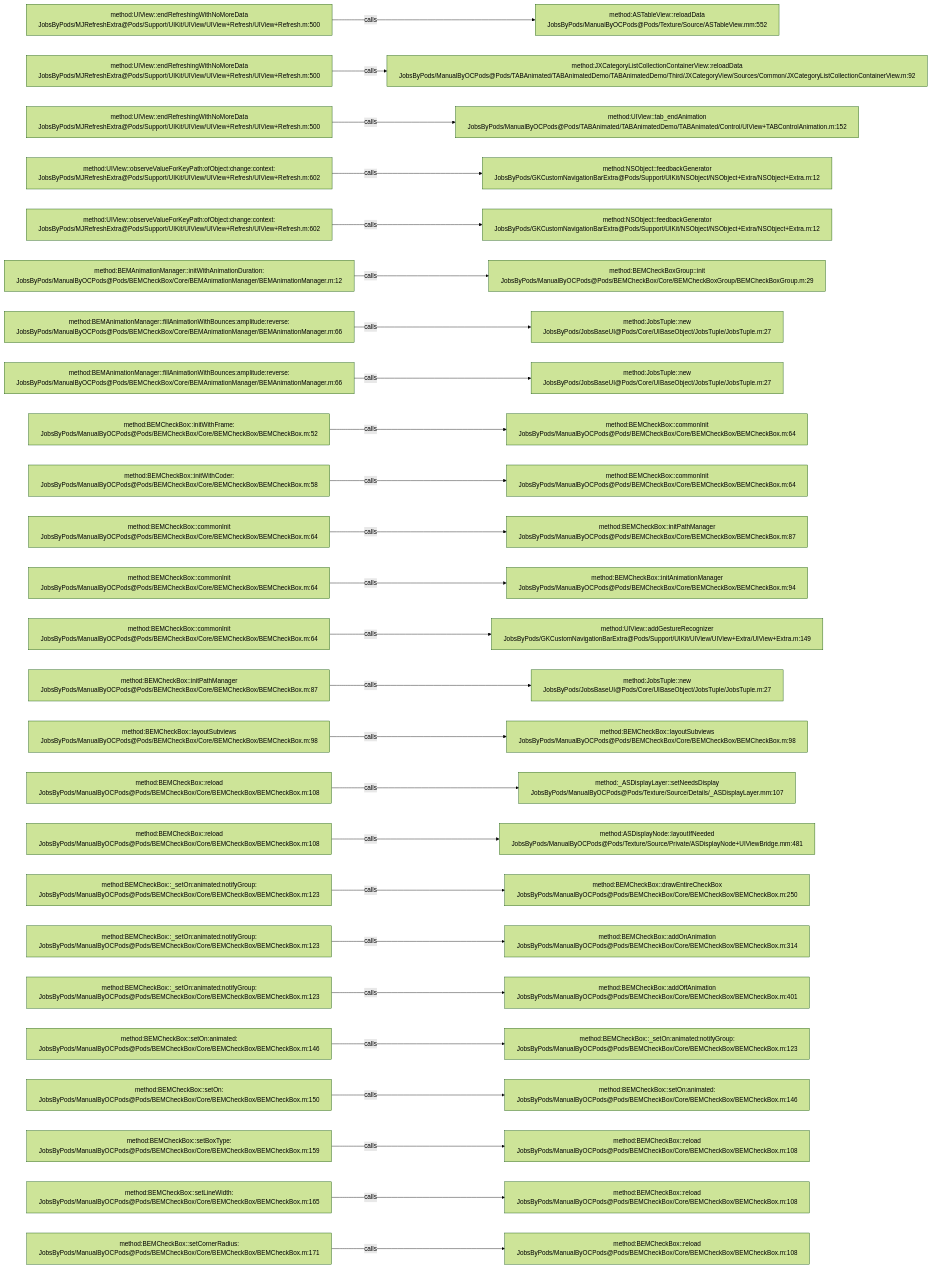
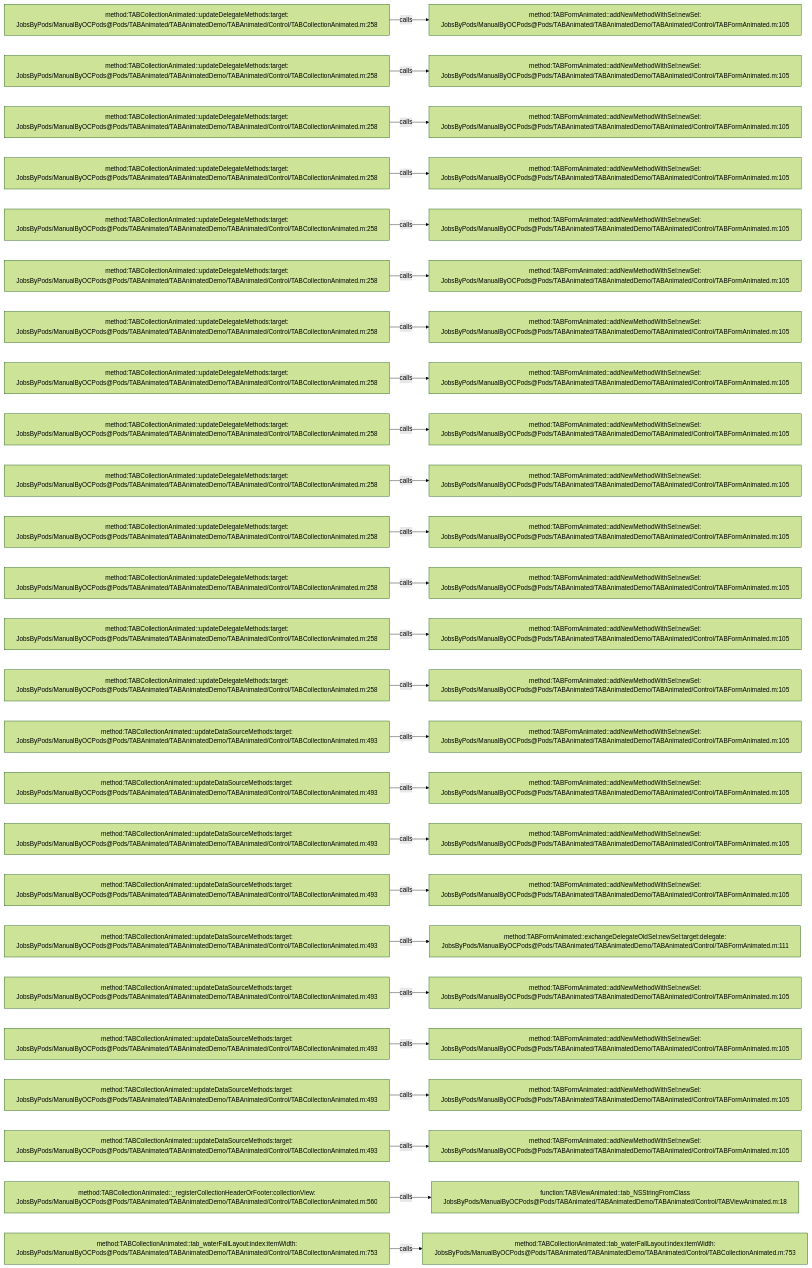
One commit to JobsKits/JobsOCBaseConfigDemo changed the diagram in .codegraph/codegraph.md/graphs/calls-186.md. Above: the diagram before and after it, drawn with Mermaid (forest theme). The commit also changed 639 other files, not shown here.

````diff
--- a/.codegraph/codegraph.md/graphs/calls-186.md
+++ b/.codegraph/codegraph.md/graphs/calls-186.md
@@ -13,78 +13,78 @@
 ```mermaid
 flowchart LR
-  S1["method:UIView::endRefreshingWithNoMoreData<br/>JobsByPods/MJRefreshExtra@Pods/Support/UIKit/UIView/UIView+Refresh/UIView+Refresh.m:500"]
-  T1["method:ASTableView::reloadData<br/>JobsByPods/ManualByOCPods@Pods/Texture/Source/ASTableView.mm:552"]
+  S1["method:TABCollectionAnimated::updateDelegateMethods:target:<br/>JobsByPods/ManualByOCPods@Pods/TABAnimated/TABAnimatedDemo/TABAnimated/Control/TABCollectionAnimated.m:258"]
+  T1["method:TABFormAnimated::addNewMethodWithSel:newSel:<br/>JobsByPods/ManualByOCPods@Pods/TABAnimated/TABAnimatedDemo/TABAnimated/Control/TABFormAnimated.m:105"]
   S1 -->|calls| T1
-  S2["method:UIView::endRefreshingWithNoMoreData<br/>JobsByPods/MJRefreshExtra@Pods/Support/UIKit/UIView/UIView+Refresh/UIView+Refresh.m:500"]
-  T2["method:JXCategoryListCollectionContainerView::reloadData<br/>JobsByPods/ManualByOCPods@Pods/TABAnimated/TABAnimatedDemo/TABAnimatedDemo/Third/JXCategoryView/Sources/Common/JXCategoryListCollectionContainerView.m:92"]
+  S2["method:TABCollectionAnimated::updateDelegateMethods:target:<br/>JobsByPods/ManualByOCPods@Pods/TABAnimated/TABAnimatedDemo/TABAnimated/Control/TABCollectionAnimated.m:258"]
+  T2["method:TABFormAnimated::addNewMethodWithSel:newSel:<br/>JobsByPods/ManualByOCPods@Pods/TABAnimated/TABAnimatedDemo/TABAnimated/Control/TABFormAnimated.m:105"]
   S2 -->|calls| T2
-  S3["method:UIView::endRefreshingWithNoMoreData<br/>JobsByPods/MJRefreshExtra@Pods/Support/UIKit/UIView/UIView+Refresh/UIView+Refresh.m:500"]
-  T3["method:UIView::tab_endAnimation<br/>JobsByPods/ManualByOCPods@Pods/TABAnimated/TABAnimatedDemo/TABAnimated/Control/UIView+TABControlAnimation.m:152"]
+  S3["method:TABCollectionAnimated::updateDelegateMethods:target:<br/>JobsByPods/ManualByOCPods@Pods/TABAnimated/TABAnimatedDemo/TABAnimated/Control/TABCollectionAnimated.m:258"]
+  T3["method:TABFormAnimated::addNewMethodWithSel:newSel:<br/>JobsByPods/ManualByOCPods@Pods/TABAnimated/TABAnimatedDemo/TABAnimated/Control/TABFormAnimated.m:105"]
   S3 -->|calls| T3
-  S4["method:UIView::observeValueForKeyPath:ofObject:change:context:<br/>JobsByPods/MJRefreshExtra@Pods/Support/UIKit/UIView/UIView+Refresh/UIView+Refresh.m:602"]
-  T4["method:NSObject::feedbackGenerator<br/>JobsByPods/GKCustomNavigationBarExtra@Pods/Support/UIKit/NSObject/NSObject+Extra/NSObject+Extra.m:12"]
+  S4["method:TABCollectionAnimated::updateDelegateMethods:target:<br/>JobsByPods/ManualByOCPods@Pods/TABAnimated/TABAnimatedDemo/TABAnimated/Control/TABCollectionAnimated.m:258"]
+  T4["method:TABFormAnimated::addNewMethodWithSel:newSel:<br/>JobsByPods/ManualByOCPods@Pods/TABAnimated/TABAnimatedDemo/TABAnimated/Control/TABFormAnimated.m:105"]
   S4 -->|calls| T4
-  S5["method:UIView::observeValueForKeyPath:ofObject:change:context:<br/>JobsByPods/MJRefreshExtra@Pods/Support/UIKit/UIView/UIView+Refresh/UIView+Refresh.m:602"]
-  T5["method:NSObject::feedbackGenerator<br/>JobsByPods/GKCustomNavigationBarExtra@Pods/Support/UIKit/NSObject/NSObject+Extra/NSObject+Extra.m:12"]
+  S5["method:TABCollectionAnimated::updateDelegateMethods:target:<br/>JobsByPods/ManualByOCPods@Pods/TABAnimated/TABAnimatedDemo/TABAnimated/Control/TABCollectionAnimated.m:258"]
+  T5["method:TABFormAnimated::addNewMethodWithSel:newSel:<br/>JobsByPods/ManualByOCPods@Pods/TABAnimated/TABAnimatedDemo/TABAnimated/Control/TABFormAnimated.m:105"]
   S5 -->|calls| T5
-  S6["method:BEMAnimationManager::initWithAnimationDuration:<br/>JobsByPods/ManualByOCPods@Pods/BEMCheckBox/Core/BEMAnimationManager/BEMAnimationManager.m:12"]
-  T6["method:BEMCheckBoxGroup::init<br/>JobsByPods/ManualByOCPods@Pods/BEMCheckBox/Core/BEMCheckBoxGroup/BEMCheckBoxGroup.m:29"]
+  S6["method:TABCollectionAnimated::updateDelegateMethods:target:<br/>JobsByPods/ManualByOCPods@Pods/TABAnimated/TABAnimatedDemo/TABAnimated/Control/TABCollectionAnimated.m:258"]
+  T6["method:TABFormAnimated::addNewMethodWithSel:newSel:<br/>JobsByPods/ManualByOCPods@Pods/TABAnimated/TABAnimatedDemo/TABAnimated/Control/TABFormAnimated.m:105"]
   S6 -->|calls| T6
-  S7["method:BEMAnimationManager::fillAnimationWithBounces:amplitude:reverse:<br/>JobsByPods/ManualByOCPods@Pods/BEMCheckBox/Core/BEMAnimationManager/BEMAnimationManager.m:66"]
-  T7["method:JobsTuple::new<br/>JobsByPods/JobsBaseUI@Pods/Core/UIBaseObject/JobsTuple/JobsTuple.m:27"]
+  S7["method:TABCollectionAnimated::updateDelegateMethods:target:<br/>JobsByPods/ManualByOCPods@Pods/TABAnimated/TABAnimatedDemo/TABAnimated/Control/TABCollectionAnimated.m:258"]
+  T7["method:TABFormAnimated::addNewMethodWithSel:newSel:<br/>JobsByPods/ManualByOCPods@Pods/TABAnimated/TABAnimatedDemo/TABAnimated/Control/TABFormAnimated.m:105"]
   S7 -->|calls| T7
-  S8["method:BEMAnimationManager::fillAnimationWithBounces:amplitude:reverse:<br/>JobsByPods/ManualByOCPods@Pods/BEMCheckBox/Core/BEMAnimationManager/BEMAnimationManager.m:66"]
-  T8["method:JobsTuple::new<br/>JobsByPods/JobsBaseUI@Pods/Core/UIBaseObject/JobsTuple/JobsTuple.m:27"]
+  S8["method:TABCollectionAnimated::updateDelegateMethods:target:<br/>JobsByPods/ManualByOCPods@Pods/TABAnimated/TABAnimatedDemo/TABAnimated/Control/TABCollectionAnimated.m:258"]
+  T8["method:TABFormAnimated::addNewMethodWithSel:newSel:<br/>JobsByPods/ManualByOCPods@Pods/TABAnimated/TABAnimatedDemo/TABAnimated/Control/TABFormAnimated.m:105"]
   S8 -->|calls| T8
-  S9["method:BEMCheckBox::initWithFrame:<br/>JobsByPods/ManualByOCPods@Pods/BEMCheckBox/Core/BEMCheckBox/BEMCheckBox.m:52"]
-  T9["method:BEMCheckBox::commonInit<br/>JobsByPods/ManualByOCPods@Pods/BEMCheckBox/Core/BEMCheckBox/BEMCheckBox.m:64"]
+  S9["method:TABCollectionAnimated::updateDelegateMethods:target:<br/>JobsByPods/ManualByOCPods@Pods/TABAnimated/TABAnimatedDemo/TABAnimated/Control/TABCollectionAnimated.m:258"]
+  T9["method:TABFormAnimated::addNewMethodWithSel:newSel:<br/>JobsByPods/ManualByOCPods@Pods/TABAnimated/TABAnimatedDemo/TABAnimated/Control/TABFormAnimated.m:105"]
   S9 -->|calls| T9
-  S10["method:BEMCheckBox::initWithCoder:<br/>JobsByPods/ManualByOCPods@Pods/BEMCheckBox/Core/BEMCheckBox/BEMCheckBox.m:58"]
-  T10["method:BEMCheckBox::commonInit<br/>JobsByPods/ManualByOCPods@Pods/BEMCheckBox/Core/BEMCheckBox/BEMCheckBox.m:64"]
+  S10["method:TABCollectionAnimated::updateDelegateMethods:target:<br/>JobsByPods/ManualByOCPods@Pods/TABAnimated/TABAnimatedDemo/TABAnimated/Control/TABCollectionAnimated.m:258"]
+  T10["method:TABFormAnimated::addNewMethodWithSel:newSel:<br/>JobsByPods/ManualByOCPods@Pods/TABAnimated/TABAnimatedDemo/TABAnimated/Control/TABFormAnimated.m:105"]
   S10 -->|calls| T10
-  S11["method:BEMCheckBox::commonInit<br/>JobsByPods/ManualByOCPods@Pods/BEMCheckBox/Core/BEMCheckBox/BEMCheckBox.m:64"]
-  T11["method:BEMCheckBox::initPathManager<br/>JobsByPods/ManualByOCPods@Pods/BEMCheckBox/Core/BEMCheckBox/BEMCheckBox.m:87"]
+  S11["method:TABCollectionAnimated::updateDelegateMethods:target:<br/>JobsByPods/ManualByOCPods@Pods/TABAnimated/TABAnimatedDemo/TABAnimated/Control/TABCollectionAnimated.m:258"]
+  T11["method:TABFormAnimated::addNewMethodWithSel:newSel:<br/>JobsByPods/ManualByOCPods@Pods/TABAnimated/TABAnimatedDemo/TABAnimated/Control/TABFormAnimated.m:105"]
   S11 -->|calls| T11
-  S12["method:BEMCheckBox::commonInit<br/>JobsByPods/ManualByOCPods@Pods/BEMCheckBox/Core/BEMCheckBox/BEMCheckBox.m:64"]
-  T12["method:BEMCheckBox::initAnimationManager<br/>JobsByPods/ManualByOCPods@Pods/BEMCheckBox/Core/BEMCheckBox/BEMCheckBox.m:94"]
+  S12["method:TABCollectionAnimated::updateDelegateMethods:target:<br/>JobsByPods/ManualByOCPods@Pods/TABAnimated/TABAnimatedDemo/TABAnimated/Control/TABCollectionAnimated.m:258"]
+  T12["method:TABFormAnimated::addNewMethodWithSel:newSel:<br/>JobsByPods/ManualByOCPods@Pods/TABAnimated/TABAnimatedDemo/TABAnimated/Control/TABFormAnimated.m:105"]
   S12 -->|calls| T12
-  S13["method:BEMCheckBox::commonInit<br/>JobsByPods/ManualByOCPods@Pods/BEMCheckBox/Core/BEMCheckBox/BEMCheckBox.m:64"]
-  T13["method:UIView::addGestureRecognizer<br/>JobsByPods/GKCustomNavigationBarExtra@Pods/Support/UIKit/UIView/UIView+Extra/UIView+Extra.m:149"]
+  S13["method:TABCollectionAnimated::updateDelegateMethods:target:<br/>JobsByPods/ManualByOCPods@Pods/TABAnimated/TABAnimatedDemo/TABAnimated/Control/TABCollectionAnimated.m:258"]
+  T13["method:TABFormAnimated::addNewMethodWithSel:newSel:<br/>JobsByPods/ManualByOCPods@Pods/TABAnimated/TABAnimatedDemo/TABAnimated/Control/TABFormAnimated.m:105"]
   S13 -->|calls| T13
-  S14["method:BEMCheckBox::initPathManager<br/>JobsByPods/ManualByOCPods@Pods/BEMCheckBox/Core/BEMCheckBox/BEMCheckBox.m:87"]
-  T14["method:JobsTuple::new<br/>JobsByPods/JobsBaseUI@Pods/Core/UIBaseObject/JobsTuple/JobsTuple.m:27"]
+  S14["method:TABCollectionAnimated::updateDelegateMethods:target:<br/>JobsByPods/ManualByOCPods@Pods/TABAnimated/TABAnimatedDemo/TABAnimated/Control/TABCollectionAnimated.m:258"]
+  T14["method:TABFormAnimated::addNewMethodWithSel:newSel:<br/>JobsByPods/ManualByOCPods@Pods/TABAnimated/TABAnimatedDemo/TABAnimated/Control/TABFormAnimated.m:105"]
   S14 -->|calls| T14
-  S15["method:BEMCheckBox::layoutSubviews<br/>JobsByPods/ManualByOCPods@Pods/BEMCheckBox/Core/BEMCheckBox/BEMCheckBox.m:98"]
-  T15["method:BEMCheckBox::layoutSubviews<br/>JobsByPods/ManualByOCPods@Pods/BEMCheckBox/Core/BEMCheckBox/BEMCheckBox.m:98"]
+  S15["method:TABCollectionAnimated::updateDataSourceMethods:target:<br/>JobsByPods/ManualByOCPods@Pods/TABAnimated/TABAnimatedDemo/TABAnimated/Control/TABCollectionAnimated.m:493"]
+  T15["method:TABFormAnimated::addNewMethodWithSel:newSel:<br/>JobsByPods/ManualByOCPods@Pods/TABAnimated/TABAnimatedDemo/TABAnimated/Control/TABFormAnimated.m:105"]
   S15 -->|calls| T15
-  S16["method:BEMCheckBox::reload<br/>JobsByPods/ManualByOCPods@Pods/BEMCheckBox/Core/BEMCheckBox/BEMCheckBox.m:108"]
-  T16["method:_ASDisplayLayer::setNeedsDisplay<br/>JobsByPods/ManualByOCPods@Pods/Texture/Source/Details/_ASDisplayLayer.mm:107"]
+  S16["method:TABCollectionAnimated::updateDataSourceMethods:target:<br/>JobsByPods/ManualByOCPods@Pods/TABAnimated/TABAnimatedDemo/TABAnimated/Control/TABCollectionAnimated.m:493"]
+  T16["method:TABFormAnimated::addNewMethodWithSel:newSel:<br/>JobsByPods/ManualByOCPods@Pods/TABAnimated/TABAnimatedDemo/TABAnimated/Control/TABFormAnimated.m:105"]
   S16 -->|calls| T16
-  S17["method:BEMCheckBox::reload<br/>JobsByPods/ManualByOCPods@Pods/BEMCheckBox/Core/BEMCheckBox/BEMCheckBox.m:108"]
-  T17["method:ASDisplayNode::layoutIfNeeded<br/>JobsByPods/ManualByOCPods@Pods/Texture/Source/Private/ASDisplayNode+UIViewBridge.mm:481"]
+  S17["method:TABCollectionAnimated::updateDataSourceMethods:target:<br/>JobsByPods/ManualByOCPods@Pods/TABAnimated/TABAnimatedDemo/TABAnimated/Control/TABCollectionAnimated.m:493"]
+  T17["method:TABFormAnimated::addNewMethodWithSel:newSel:<br/>JobsByPods/ManualByOCPods@Pods/TABAnimated/TABAnimatedDemo/TABAnimated/Control/TABFormAnimated.m:105"]
   S17 -->|calls| T17
-  S18["method:BEMCheckBox::_setOn:animated:notifyGroup:<br/>JobsByPods/ManualByOCPods@Pods/BEMCheckBox/Core/BEMCheckBox/BEMCheckBox.m:123"]
-  T18["method:BEMCheckBox::drawEntireCheckBox<br/>JobsByPods/ManualByOCPods@Pods/BEMCheckBox/Core/BEMCheckBox/BEMCheckBox.m:250"]
+  S18["method:TABCollectionAnimated::updateDataSourceMethods:target:<br/>JobsByPods/ManualByOCPods@Pods/TABAnimated/TABAnimatedDemo/TABAnimated/Control/TABCollectionAnimated.m:493"]
+  T18["method:TABFormAnimated::addNewMethodWithSel:newSel:<br/>JobsByPods/ManualByOCPods@Pods/TABAnimated/TABAnimatedDemo/TABAnimated/Control/TABFormAnimated.m:105"]
   S18 -->|calls| T18
-  S19["method:BEMCheckBox::_setOn:animated:notifyGroup:<br/>JobsByPods/ManualByOCPods@Pods/BEMCheckBox/Core/BEMCheckBox/BEMCheckBox.m:123"]
-  T19["method:BEMCheckBox::addOnAnimation<br/>JobsByPods/ManualByOCPods@Pods/BEMCheckBox/Core/BEMCheckBox/BEMCheckBox.m:314"]
+  S19["method:TABCollectionAnimated::updateDataSourceMethods:target:<br/>JobsByPods/ManualByOCPods@Pods/TABAnimated/TABAnimatedDemo/TABAnimated/Control/TABCollectionAnimated.m:493"]
+  T19["method:TABFormAnimated::exchangeDelegateOldSel:newSel:target:delegate:<br/>JobsByPods/ManualByOCPods@Pods/TABAnimated/TABAnimatedDemo/TABAnimated/Control/TABFormAnimated.m:111"]
   S19 -->|calls| T19
-  S20["method:BEMCheckBox::_setOn:animated:notifyGroup:<br/>JobsByPods/ManualByOCPods@Pods/BEMCheckBox/Core/BEMCheckBox/BEMCheckBox.m:123"]
-  T20["method:BEMCheckBox::addOffAnimation<br/>JobsByPods/ManualByOCPods@Pods/BEMCheckBox/Core/BEMCheckBox/BEMCheckBox.m:401"]
+  S20["method:TABCollectionAnimated::updateDataSourceMethods:target:<br/>JobsByPods/ManualByOCPods@Pods/TABAnimated/TABAnimatedDemo/TABAnimated/Control/TABCollectionAnimated.m:493"]
+  T20["method:TABFormAnimated::addNewMethodWithSel:newSel:<br/>JobsByPods/ManualByOCPods@Pods/TABAnimated/TABAnimatedDemo/TABAnimated/Control/TABFormAnimated.m:105"]
   S20 -->|calls| T20
-  S21["method:BEMCheckBox::setOn:animated:<br/>JobsByPods/ManualByOCPods@Pods/BEMCheckBox/Core/BEMCheckBox/BEMCheckBox.m:146"]
-  T21["method:BEMCheckBox::_setOn:animated:notifyGroup:<br/>JobsByPods/ManualByOCPods@Pods/BEMCheckBox/Core/BEMCheckBox/BEMCheckBox.m:123"]
+  S21["method:TABCollectionAnimated::updateDataSourceMethods:target:<br/>JobsByPods/ManualByOCPods@Pods/TABAnimated/TABAnimatedDemo/TABAnimated/Control/TABCollectionAnimated.m:493"]
+  T21["method:TABFormAnimated::addNewMethodWithSel:newSel:<br/>JobsByPods/ManualByOCPods@Pods/TABAnimated/TABAnimatedDemo/TABAnimated/Control/TABFormAnimated.m:105"]
   S21 -->|calls| T21
-  S22["method:BEMCheckBox::setOn:<br/>JobsByPods/ManualByOCPods@Pods/BEMCheckBox/Core/BEMCheckBox/BEMCheckBox.m:150"]
-  T22["method:BEMCheckBox::setOn:animated:<br/>JobsByPods/ManualByOCPods@Pods/BEMCheckBox/Core/BEMCheckBox/BEMCheckBox.m:146"]
+  S22["method:TABCollectionAnimated::updateDataSourceMethods:target:<br/>JobsByPods/ManualByOCPods@Pods/TABAnimated/TABAnimatedDemo/TABAnimated/Control/TABCollectionAnimated.m:493"]
+  T22["method:TABFormAnimated::addNewMethodWithSel:newSel:<br/>JobsByPods/ManualByOCPods@Pods/TABAnimated/TABAnimatedDemo/TABAnimated/Control/TABFormAnimated.m:105"]
   S22 -->|calls| T22
-  S23["method:BEMCheckBox::setBoxType:<br/>JobsByPods/ManualByOCPods@Pods/BEMCheckBox/Core/BEMCheckBox/BEMCheckBox.m:159"]
-  T23["method:BEMCheckBox::reload<br/>JobsByPods/ManualByOCPods@Pods/BEMCheckBox/Core/BEMCheckBox/BEMCheckBox.m:108"]
+  S23["method:TABCollectionAnimated::updateDataSourceMethods:target:<br/>JobsByPods/ManualByOCPods@Pods/TABAnimated/TABAnimatedDemo/TABAnimated/Control/TABCollectionAnimated.m:493"]
+  T23["method:TABFormAnimated::addNewMethodWithSel:newSel:<br/>JobsByPods/ManualByOCPods@Pods/TABAnimated/TABAnimatedDemo/TABAnimated/Control/TABFormAnimated.m:105"]
   S23 -->|calls| T23
-  S24["method:BEMCheckBox::setLineWidth:<br/>JobsByPods/ManualByOCPods@Pods/BEMCheckBox/Core/BEMCheckBox/BEMCheckBox.m:165"]
-  T24["method:BEMCheckBox::reload<br/>JobsByPods/ManualByOCPods@Pods/BEMCheckBox/Core/BEMCheckBox/BEMCheckBox.m:108"]
+  S24["method:TABCollectionAnimated::_registerCollectionHeaderOrFooter:collectionView:<br/>JobsByPods/ManualByOCPods@Pods/TABAnimated/TABAnimatedDemo/TABAnimated/Control/TABCollectionAnimated.m:560"]
+  T24["function:TABViewAnimated::tab_NSStringFromClass<br/>JobsByPods/ManualByOCPods@Pods/TABAnimated/TABAnimatedDemo/TABAnimated/Control/TABViewAnimated.m:18"]
   S24 -->|calls| T24
-  S25["method:BEMCheckBox::setCornerRadius:<br/>JobsByPods/ManualByOCPods@Pods/BEMCheckBox/Core/BEMCheckBox/BEMCheckBox.m:171"]
-  T25["method:BEMCheckBox::reload<br/>JobsByPods/ManualByOCPods@Pods/BEMCheckBox/Core/BEMCheckBox/BEMCheckBox.m:108"]
+  S25["method:TABCollectionAnimated::tab_waterFallLayout:index:itemWidth:<br/>JobsByPods/ManualByOCPods@Pods/TABAnimated/TABAnimatedDemo/TABAnimated/Control/TABCollectionAnimated.m:753"]
+  T25["method:TABCollectionAnimated::tab_waterFallLayout:index:itemWidth:<br/>JobsByPods/ManualByOCPods@Pods/TABAnimated/TABAnimatedDemo/TABAnimated/Control/TABCollectionAnimated.m:753"]
   S25 -->|calls| T25
 ```
````
